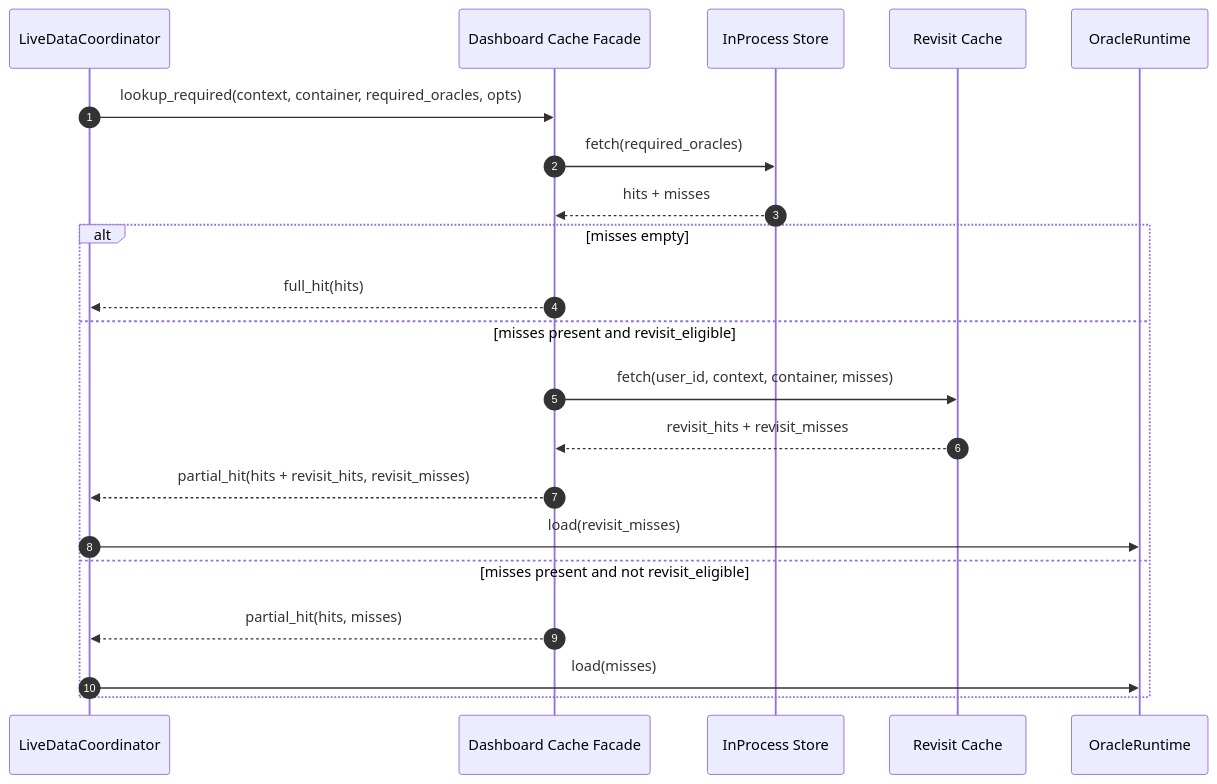
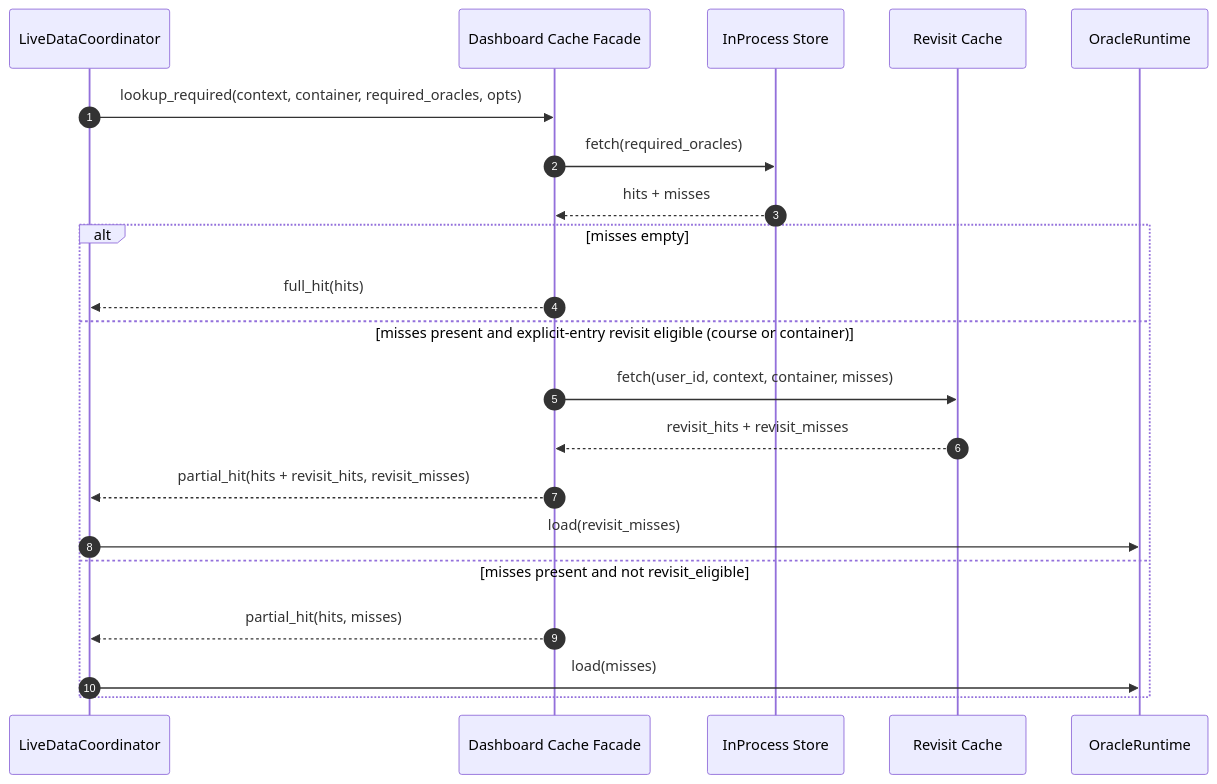
The first of 3 diagrams in docs/epics/intelligent_dashboard/data_cache/fdd.md (Simon-Initiative/oli-torus), drawn with Mermaid before and after one commit. The commit also changed other lines of this file and 36 other files, not shown here.

````diff
--- a/docs/epics/intelligent_dashboard/data_cache/fdd.md
+++ b/docs/epics/intelligent_dashboard/data_cache/fdd.md
@@ -80,25 +80,25 @@
 ```mermaid
 sequenceDiagram
     autonumber
     participant LDC as LiveDataCoordinator
     participant CACHE as Dashboard Cache Facade
     participant IPC as InProcess Store
     participant RC as Revisit Cache
     participant RT as OracleRuntime
 
     LDC->>CACHE: lookup_required(context, container, required_oracles, opts)
     CACHE->>IPC: fetch(required_oracles)
     IPC-->>CACHE: hits + misses
 
     alt misses empty
         CACHE-->>LDC: full_hit(hits)
-    else misses present and revisit_eligible
+    else misses present and explicit-entry revisit eligible (course or container)
         CACHE->>RC: fetch(user_id, context, container, misses)
         RC-->>CACHE: revisit_hits + revisit_misses
         CACHE-->>LDC: partial_hit(hits + revisit_hits, revisit_misses)
         LDC->>RT: load(revisit_misses)
     else misses present and not revisit_eligible
         CACHE-->>LDC: partial_hit(hits, misses)
         LDC->>RT: load(misses)
     end
 ```
````
